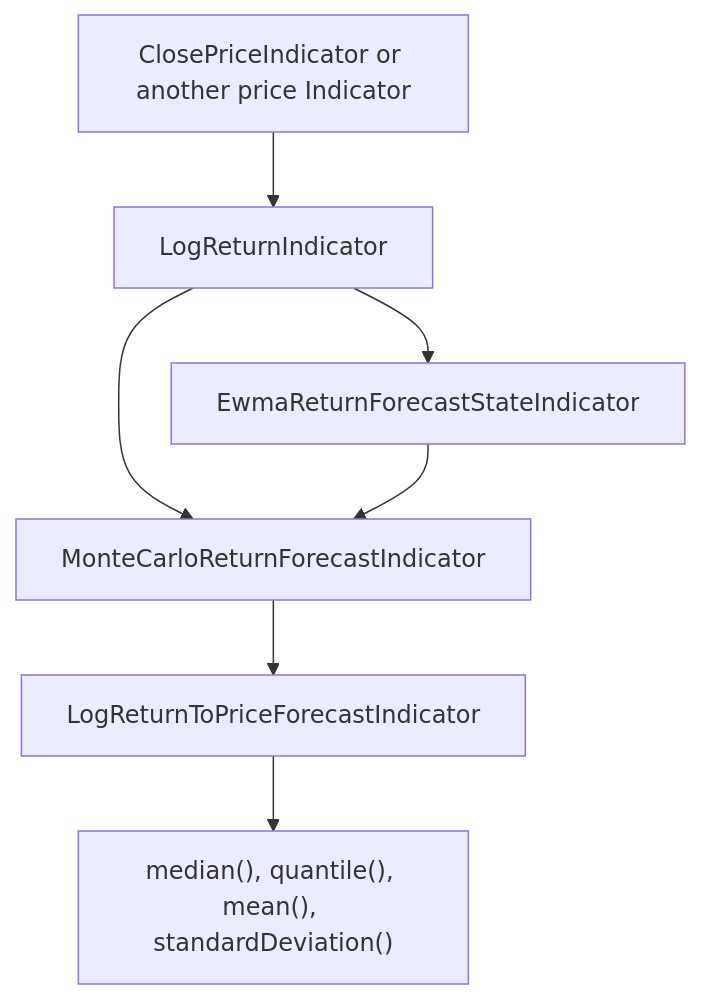
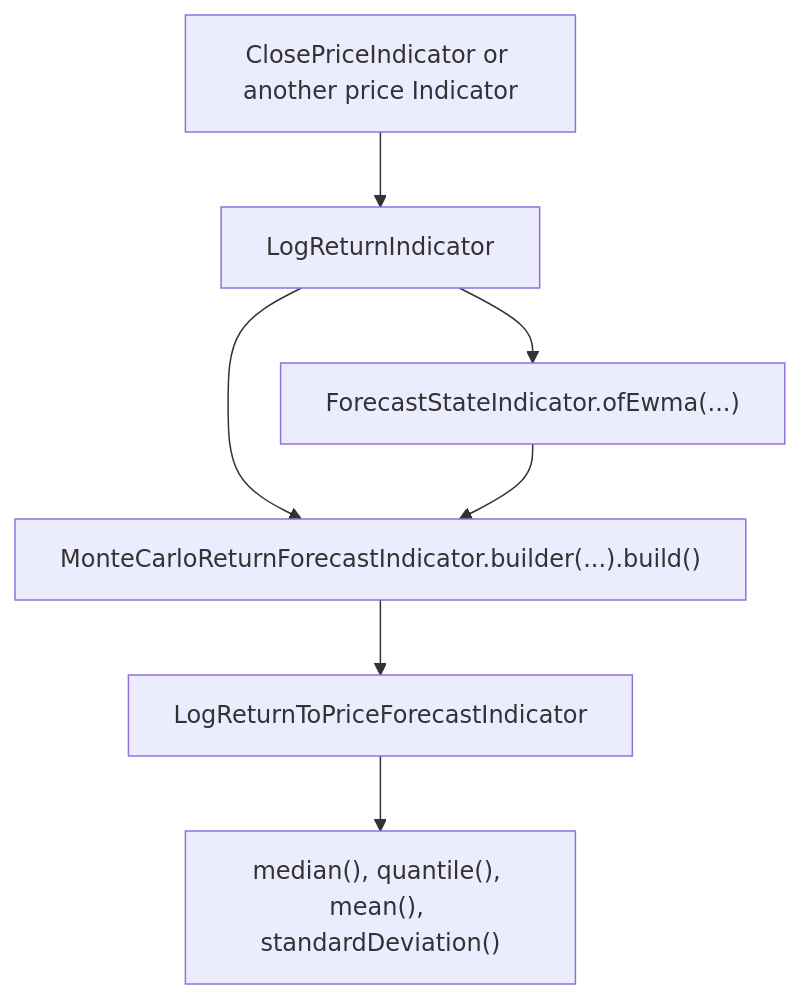
Before and after one commit to ta4j/ta4j-wiki: the diagram in Forecast-Indicators.md, drawn with Mermaid. The commit also changed other lines of this file and 2 other files, not shown here.

Commit message:
CF-289 align forecast guide with consolidated API

````diff
--- a/Forecast-Indicators.md
+++ b/Forecast-Indicators.md
@@ -111,9 +102,9 @@
 ```mermaid
 graph TD
     CP["ClosePriceIndicator or another price Indicator<Num>"] --> LR["LogReturnIndicator"]
-    LR --> EWMA["EwmaReturnForecastStateIndicator"]
-    LR --> MC["MonteCarloReturnForecastIndicator"]
-    EWMA --> MC
+    LR --> STATE["ForecastStateIndicator.ofEwma(...)"]
+    LR --> MC["MonteCarloReturnForecastIndicator.builder(...).build()"]
+    STATE --> MC
     MC --> PRICE["LogReturnToPriceForecastIndicator"]
     PRICE --> PROJECT["median(), quantile(), mean(), standardDeviation()"]
 ```
````
